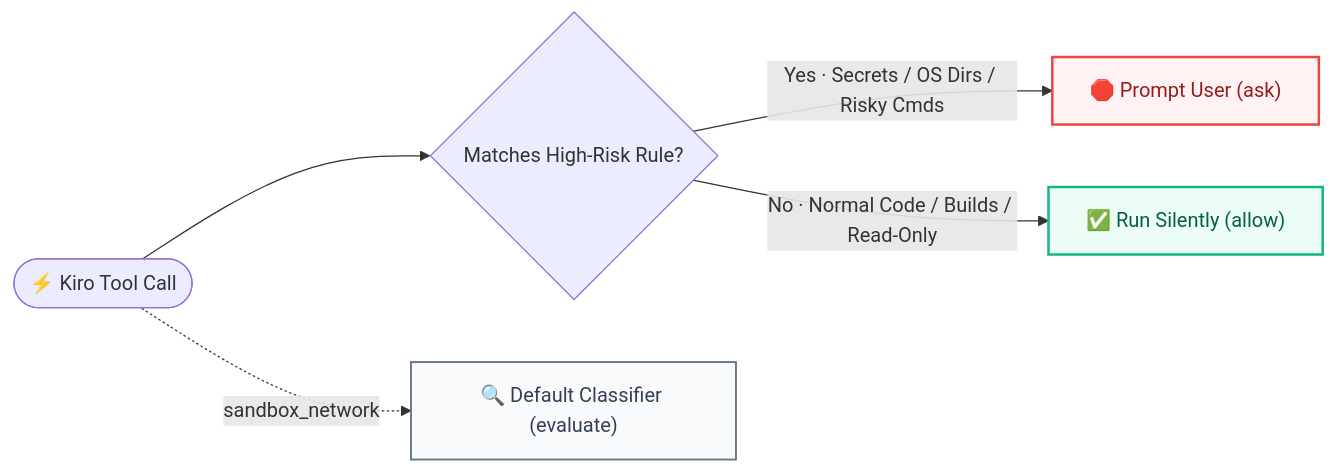
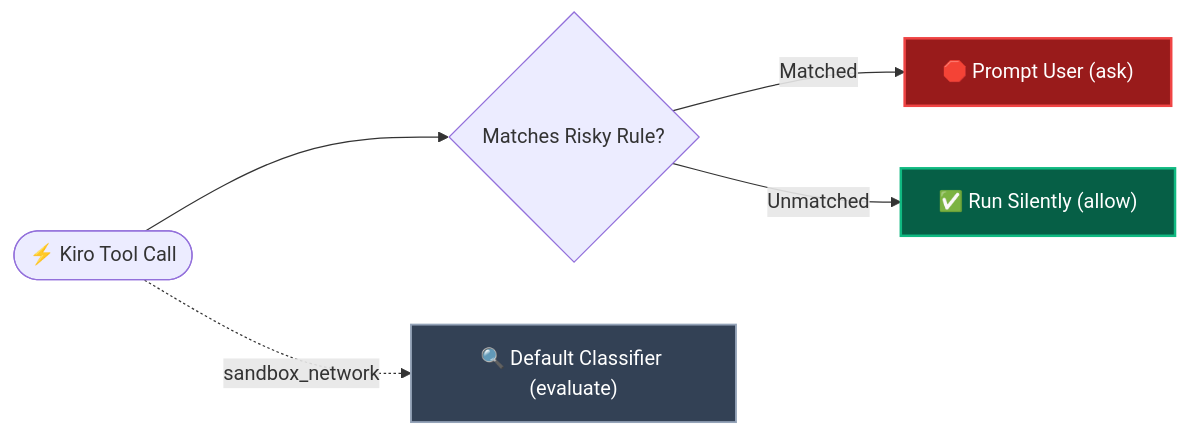
One commit to YOIMIYA66/kiro-windows-autonomy changed the diagram in README_EN.md. Above: the diagram before and after it, drawn with Mermaid. The commit also changed other lines of this file and 1 other file, not shown here.

Commit message:
docs: refine dark-mode flowchart, shorten AI prompt, and add command examples

````diff
--- a/README_EN.md
+++ b/README_EN.md
@@ -71,14 +64,14 @@
 ```mermaid
 flowchart LR
-    Call(["⚡ Kiro Tool Call"]) --> Check{"Matches High-Risk Rule?"}
-    Check -- "Yes · Secrets / OS Dirs / Risky Cmds" --> Ask["🛑 Prompt User (ask)"]
-    Check -- "No · Normal Code / Builds / Read-Only" --> Allow["✅ Run Silently (allow)"]
+    Call(["⚡ Kiro Tool Call"]) --> Check{"Matches Risky Rule?"}
+    Check -- "Matched" --> Ask["🛑 Prompt User (ask)"]
+    Check -- "Unmatched" --> Allow["✅ Run Silently (allow)"]
     Call -. "sandbox_network" .-> Eval["🔍 Default Classifier (evaluate)"]
 
-    classDef askStyle fill:#fef2f2,stroke:#ef4444,stroke-width:2px,color:#991b1b
-    classDef allowStyle fill:#ecfdf5,stroke:#10b981,stroke-width:2px,color:#065f46
-    classDef evalStyle fill:#f8fafc,stroke:#64748b,stroke-width:1.5px,color:#334155
+    classDef askStyle fill:#991b1b,stroke:#ef4444,stroke-width:2px,color:#ffffff
+    classDef allowStyle fill:#065f46,stroke:#10b981,stroke-width:2px,color:#ffffff
+    classDef evalStyle fill:#334155,stroke:#94a3b8,stroke-width:1.5px,color:#ffffff
     class Ask askStyle
     class Allow allowStyle
     class Eval evalStyle
 ```
````
